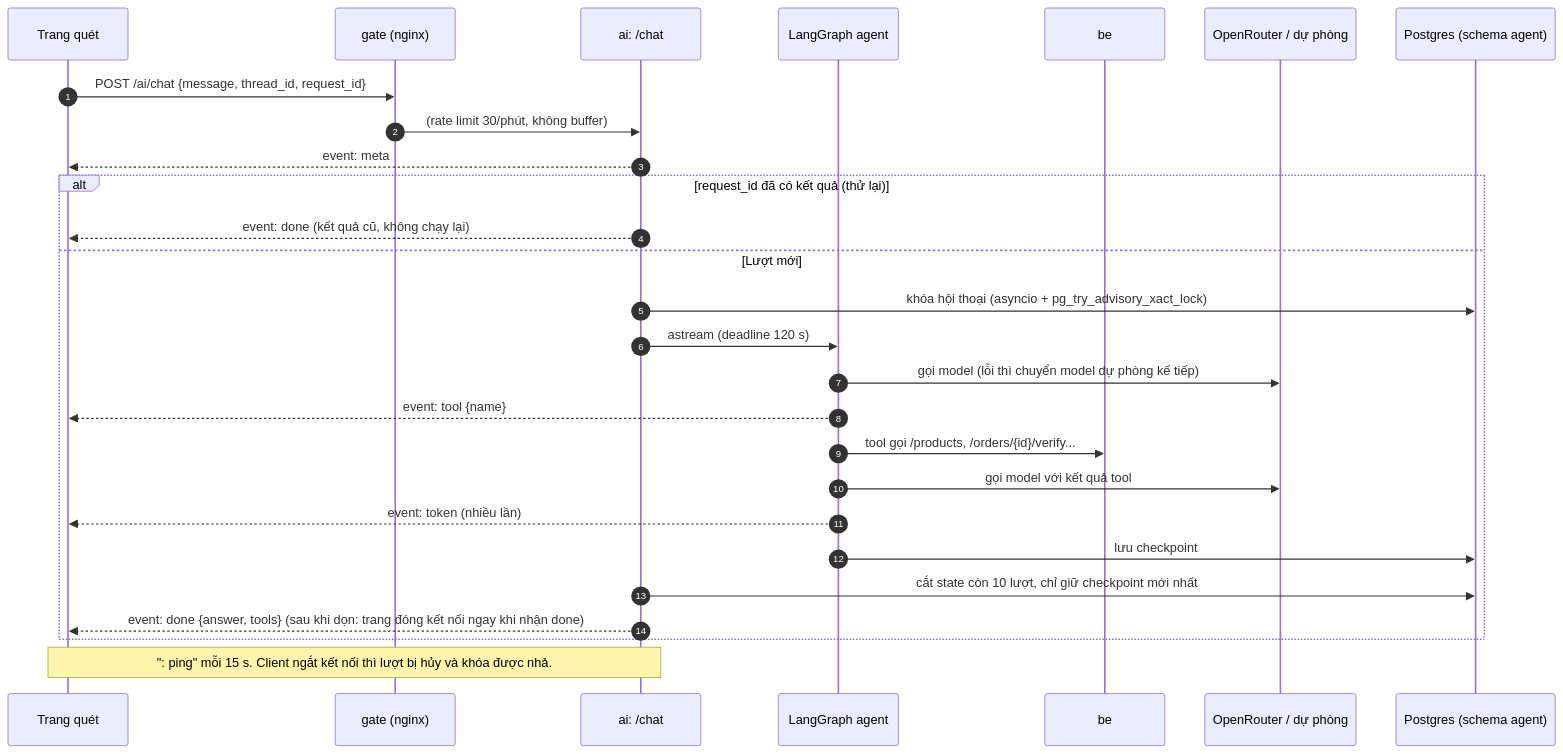
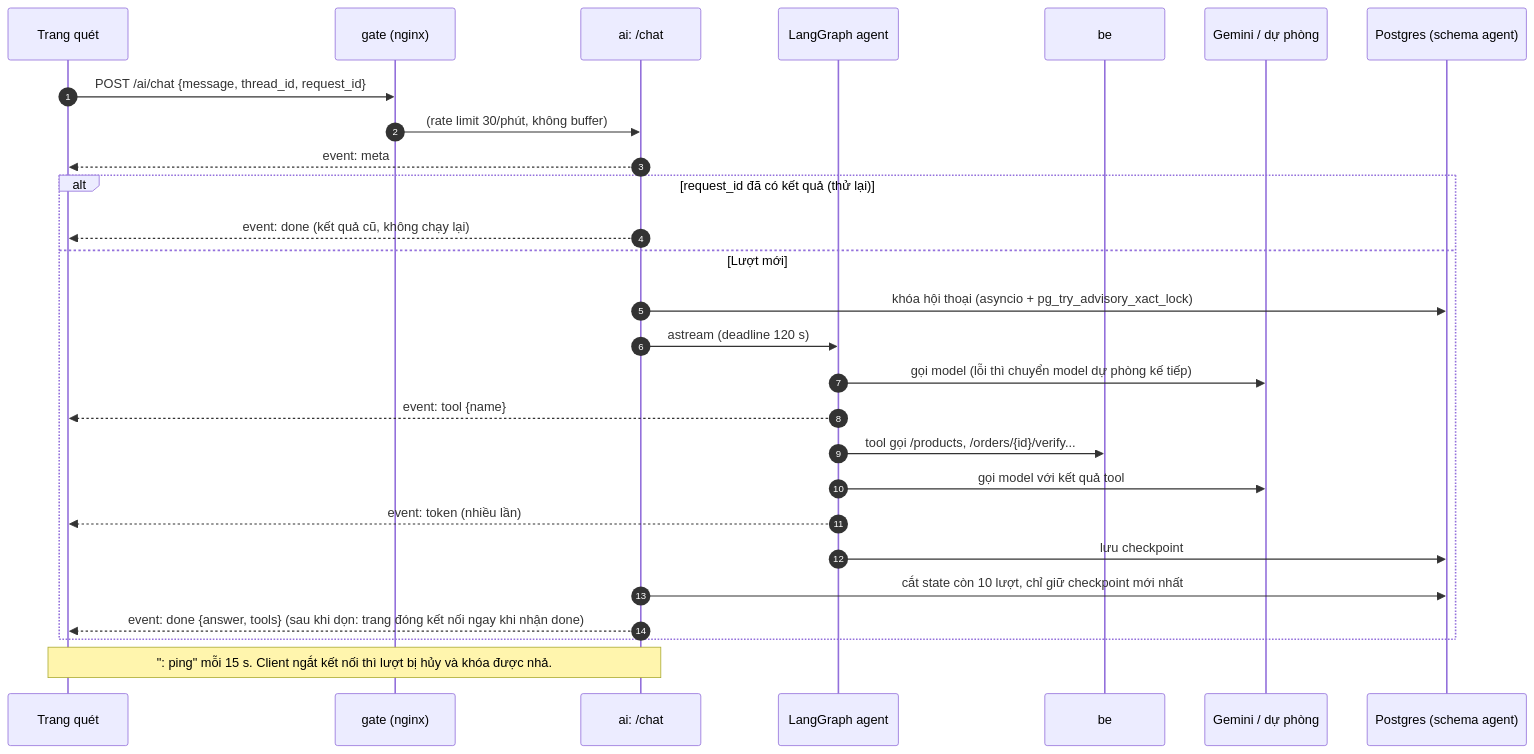
Before and after one commit to vu-wspace/barcode_chatbot: the third of 5 diagrams in README.md, drawn with Mermaid. The commit also changed other lines of this file and 9 other files, not shown here.

````diff
--- a/README.md
+++ b/README.md
@@ -122,30 +122,30 @@
 ```mermaid
 sequenceDiagram
     autonumber
     participant FE as Trang quét
     participant G as gate (nginx)
     participant API as ai: /chat
     participant LG as LangGraph agent
     participant BE as be
-    participant LLM as OpenRouter / dự phòng
+    participant LLM as Gemini / dự phòng
     participant PG as Postgres (schema agent)
 
     FE->>G: POST /ai/chat {message, thread_id, request_id}
     G->>API: (rate limit 30/phút, không buffer)
     API-->>FE: event: meta
     alt request_id đã có kết quả (thử lại)
         API-->>FE: event: done (kết quả cũ, không chạy lại)
     else Lượt mới
         API->>PG: khóa hội thoại (asyncio + pg_try_advisory_xact_lock)
         API->>LG: astream (deadline 120 s)
         LG->>LLM: gọi model (lỗi thì chuyển model dự phòng kế tiếp)
         LG-->>FE: event: tool {name}
         LG->>BE: tool gọi /products, /orders/{id}/verify...
         LG->>LLM: gọi model với kết quả tool
         LG-->>FE: event: token (nhiều lần)
         LG->>PG: lưu checkpoint
         API->>PG: cắt state còn 10 lượt, chỉ giữ checkpoint mới nhất
         API-->>FE: event: done {answer, tools} (sau khi dọn: trang đóng kết nối ngay khi nhận done)
     end
     Note over FE,API: ": ping" mỗi 15 s. Client ngắt kết nối thì lượt bị hủy và khóa được nhả.
 ```
````
